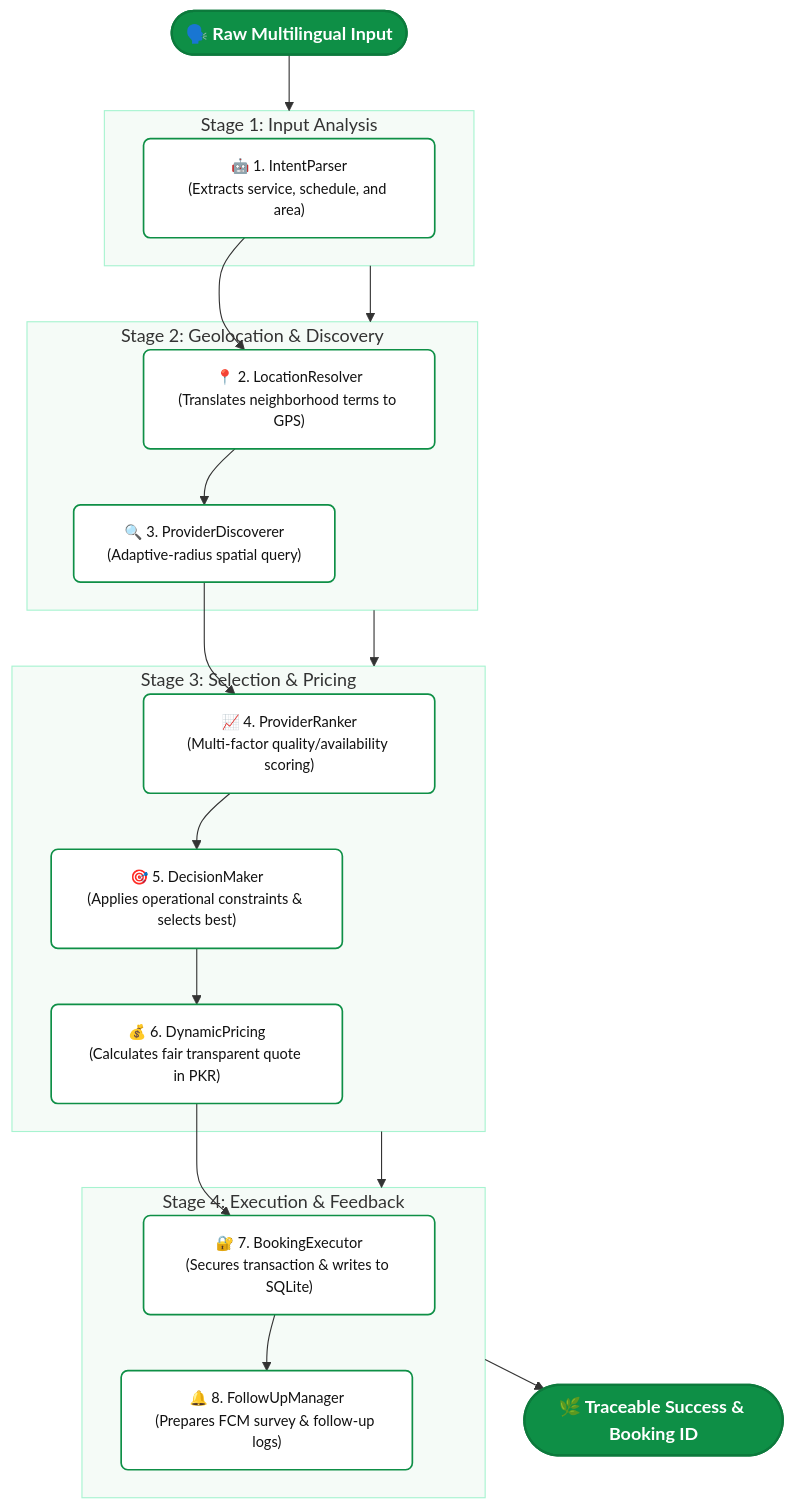
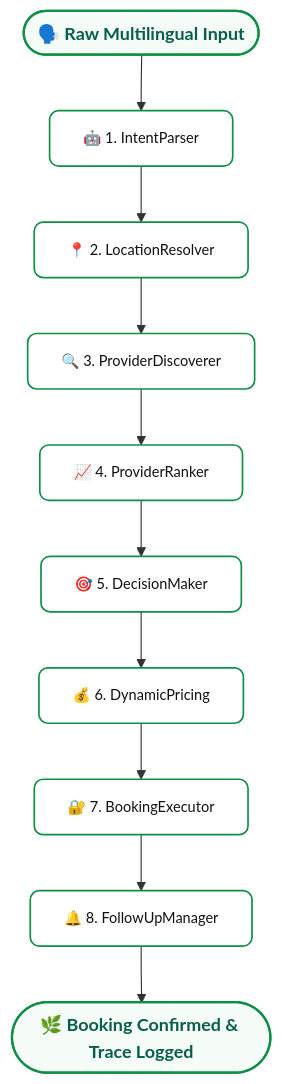
The diagram in README.md (Asad101001/AntigravityHackathon), drawn with Mermaid before and after one commit. The commit also changed other lines of this file and 2 other files, not shown here.

Commit message:
docs: simplify pipeline diagrams and remove mock banner image

````diff
--- a/README.md
+++ b/README.md
@@ -43,54 +39,23 @@
 ```mermaid
 flowchart TD
     %% Theme Definitions
-    classDef mainBound fill:#0E8F46,stroke:#0C7A3C,stroke-width:2px,color:#FFFFFF,font-weight:bold,rx:8px,ry:8px;
-    classDef agentBox fill:#FFFFFF,stroke:#0E8F46,stroke-width:1.5px,color:#111111,font-size:13px,rx:6px,ry:6px;
-    classDef stageGroup fill:#F5FBF7,stroke:#A7F3D0,stroke-width:1.5px,color:#065F46,font-weight:bold;
+    classDef agentBox fill:#FFFFFF,stroke:#0E8F46,stroke-width:1.5px,color:#111111,font-size:13px,rx:8px,ry:8px;
+    classDef ioNode fill:#F5FBF7,stroke:#0E8F46,stroke-width:2px,color:#065F46,font-weight:bold,rx:8px,ry:8px;
 
     %% Nodes
-    A([🗣️ Raw Multilingual Input]):::mainBound
+    Input([🗣️ Raw Multilingual Input]):::ioNode
     
-    subgraph Stage1 ["Stage 1: Input Analysis"]
-        B["🤖 1. IntentParser<br>(Extracts service, schedule, and area)"]:::agentBox
-    end
+    A1["🤖 1. IntentParser"]:::agentBox
+    A2["📍 2. LocationResolver"]:::agentBox
+    A3["🔍 3. ProviderDiscoverer"]:::agentBox
+    A4["📈 4. ProviderRanker"]:::agentBox
+    A5["🎯 5. DecisionMaker"]:::agentBox
+    A6["💰 6. DynamicPricing"]:::agentBox
+    A7["🔐 7. BookingExecutor"]:::agentBox
+    A8["🔔 8. FollowUpManager"]:::agentBox
     
-    subgraph Stage2 ["Stage 2: Geolocation & Discovery"]
-        C["📍 2. LocationResolver<br>(Translates neighborhood terms to GPS)"]:::agentBox
-        D["🔍 3. ProviderDiscoverer<br>(Adaptive-radius spatial query)"]:::agentBox
-    end
-    
-    subgraph Stage3 ["Stage 3: Selection & Pricing"]
-        E["📈 4. ProviderRanker<br>(Multi-factor quality/availability scoring)"]:::agentBox
-        F["🎯 5. DecisionMaker<br>(Applies operational constraints & selects best)"]:::agentBox
-        G["💰 6. DynamicPricing<br>(Calculates fair transparent quote in PKR)"]:::agentBox
-    end
-    
-    subgraph Stage4 ["Stage 4: Execution & Feedback"]
-        H["🔐 7. BookingExecutor<br>(Secures transaction & writes to SQLite)"]:::agentBox
-        I["🔔 8. FollowUpManager<br>(Prepares FCM survey & follow-up logs)"]:::agentBox
-    end
-    
-    J([🌿 Traceable Success & Booking ID]):::mainBound
+    Output([🌿 Booking Confirmed & Trace Logged]):::ioNode
 
-    %% Connections
-    A --> Stage1
-    Stage1 --> Stage2
-    Stage2 --> Stage3
-    Stage3 --> Stage4
-    Stage4 --> J
-
-    %% Sequential pipeline flow inside stages
-    B --> C
-    C --> D
-    D --> E
-    E --> F
-    F --> G
-    G --> H
-    H --> I
-
-    %% Apply Stage Group Styles
-    style Stage1 fill:#F5FBF7,stroke:#A7F3D0,stroke-width:1px
-    style Stage2 fill:#F5FBF7,stroke:#A7F3D0,stroke-width:1px
-    style Stage3 fill:#F5FBF7,stroke:#A7F3D0,stroke-width:1px
-    style Stage4 fill:#F5FBF7,stroke:#A7F3D0,stroke-width:1px
+    %% Flow
+    Input --> A1 --> A2 --> A3 --> A4 --> A5 --> A6 --> A7 --> A8 --> Output
 ```
````
